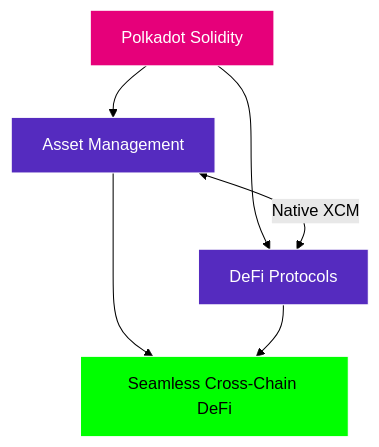
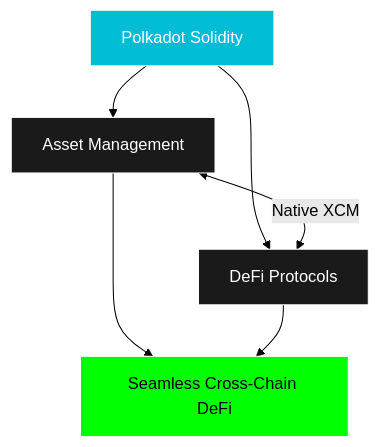
One commit to openguild-labs/polkadot-codecamp changed the second of 6 diagrams in slides/cross-chain-defi-primitives.md. Above: the diagram before and after it, drawn with Mermaid (forest theme). The commit also changed other lines of this file and 6 other files, not shown here.

````diff
--- a/slides/cross-chain-defi-primitives.md
+++ b/slides/cross-chain-defi-primitives.md
@@ -59,17 +59,17 @@
 ```mermaid
 graph TB
     HUB[Polkadot Solidity]
 
     HUB --> ASSETS[Asset Management]
     HUB --> DEFI[DeFi Protocols]
 
     ASSETS <-->|Native XCM| DEFI
 
     ASSETS --> RESULT[Seamless Cross-Chain DeFi]
     DEFI --> RESULT
 
-    style HUB fill:#E6007A,stroke:#fff,color:#fff
-    style ASSETS fill:#552BBF,stroke:#fff,color:#fff
-    style DEFI fill:#552BBF,stroke:#fff,color:#fff
+    style HUB fill:#00BCD4,stroke:#fff,color:#fff
+    style ASSETS fill:#1a1a1a,stroke:#fff,color:#fff
+    style DEFI fill:#1a1a1a,stroke:#fff,color:#fff
     style RESULT fill:#00ff00,stroke:#fff,color:#000
 ```
````
